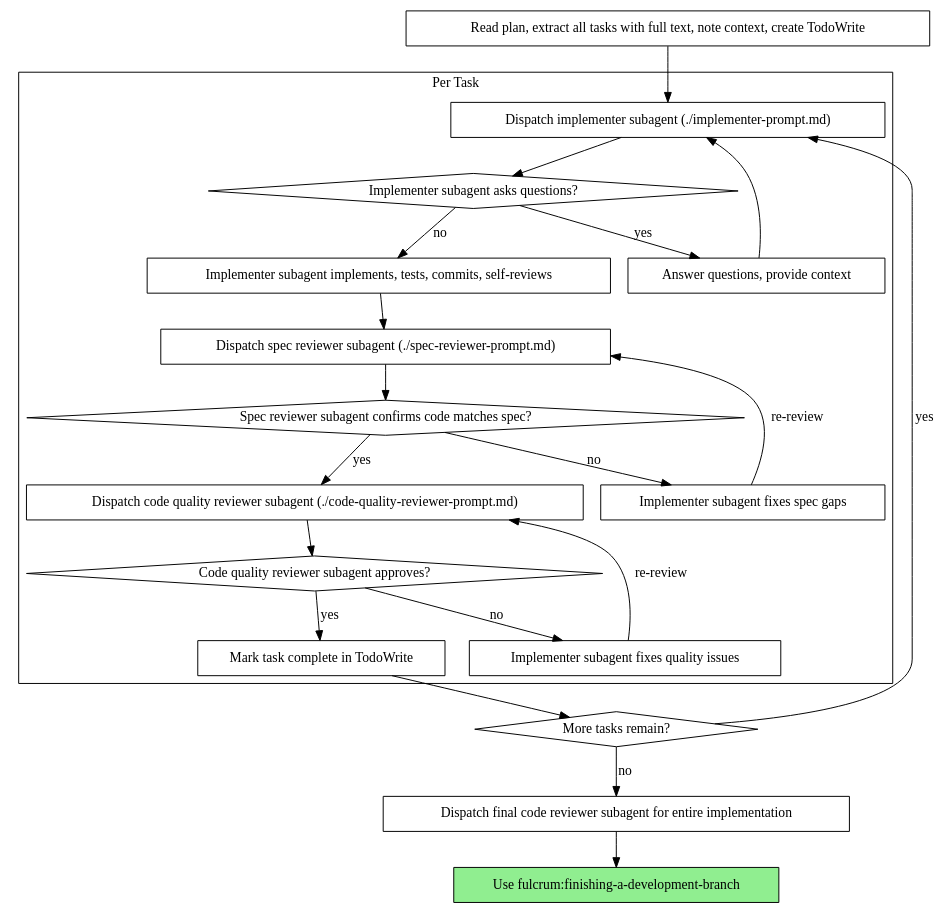
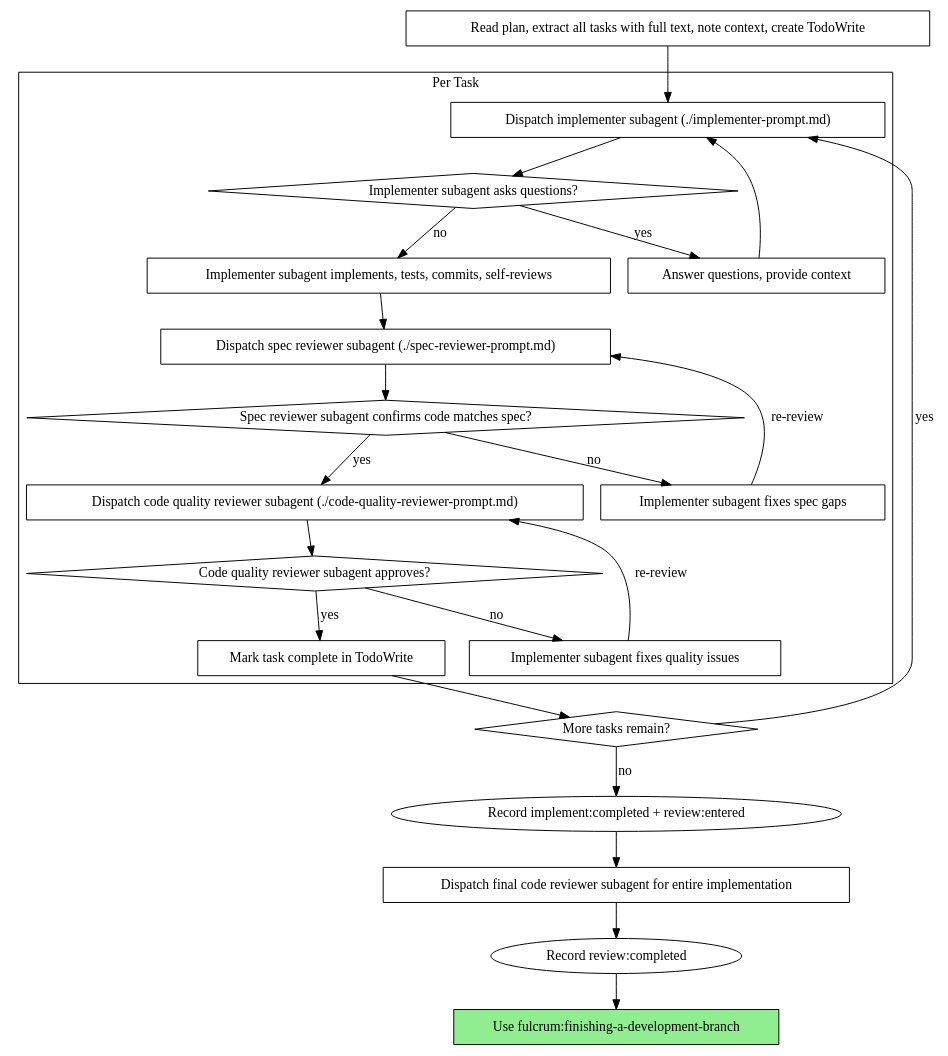
The second of 2 diagrams in skills/subagent-driven-development/SKILL.md (raphavr/fulcrum), drawn with Graphviz before and after one commit. The commit also changed other lines of this file and 7 other files, not shown here.

````diff
--- a/skills/subagent-driven-development/SKILL.md
+++ b/skills/subagent-driven-development/SKILL.md
@@ -42,44 +45,46 @@
 ```dot
 digraph process {
     rankdir=TB;
 
     subgraph cluster_per_task {
         label="Per Task";
         "Dispatch implementer subagent (./implementer-prompt.md)" [shape=box];
         "Implementer subagent asks questions?" [shape=diamond];
         "Answer questions, provide context" [shape=box];
         "Implementer subagent implements, tests, commits, self-reviews" [shape=box];
         "Dispatch spec reviewer subagent (./spec-reviewer-prompt.md)" [shape=box];
         "Spec reviewer subagent confirms code matches spec?" [shape=diamond];
         "Implementer subagent fixes spec gaps" [shape=box];
         "Dispatch code quality reviewer subagent (./code-quality-reviewer-prompt.md)" [shape=box];
         "Code quality reviewer subagent approves?" [shape=diamond];
         "Implementer subagent fixes quality issues" [shape=box];
         "Mark task complete in TodoWrite" [shape=box];
     }
 
     "Read plan, extract all tasks with full text, note context, create TodoWrite" [shape=box];
     "More tasks remain?" [shape=diamond];
     "Dispatch final code reviewer subagent for entire implementation" [shape=box];
     "Use fulcrum:finishing-a-development-branch" [shape=box style=filled fillcolor=lightgreen];
 
     "Read plan, extract all tasks with full text, note context, create TodoWrite" -> "Dispatch implementer subagent (./implementer-prompt.md)";
     "Dispatch implementer subagent (./implementer-prompt.md)" -> "Implementer subagent asks questions?";
     "Implementer subagent asks questions?" -> "Answer questions, provide context" [label="yes"];
     "Answer questions, provide context" -> "Dispatch implementer subagent (./implementer-prompt.md)";
     "Implementer subagent asks questions?" -> "Implementer subagent implements, tests, commits, self-reviews" [label="no"];
     "Implementer subagent implements, tests, commits, self-reviews" -> "Dispatch spec reviewer subagent (./spec-reviewer-prompt.md)";
     "Dispatch spec reviewer subagent (./spec-reviewer-prompt.md)" -> "Spec reviewer subagent confirms code matches spec?";
     "Spec reviewer subagent confirms code matches spec?" -> "Implementer subagent fixes spec gaps" [label="no"];
     "Implementer subagent fixes spec gaps" -> "Dispatch spec reviewer subagent (./spec-reviewer-prompt.md)" [label="re-review"];
     "Spec reviewer subagent confirms code matches spec?" -> "Dispatch code quality reviewer subagent (./code-quality-reviewer-prompt.md)" [label="yes"];
     "Dispatch code quality reviewer subagent (./code-quality-reviewer-prompt.md)" -> "Code quality reviewer subagent approves?";
     "Code quality reviewer subagent approves?" -> "Implementer subagent fixes quality issues" [label="no"];
     "Implementer subagent fixes quality issues" -> "Dispatch code quality reviewer subagent (./code-quality-reviewer-prompt.md)" [label="re-review"];
     "Code quality reviewer subagent approves?" -> "Mark task complete in TodoWrite" [label="yes"];
     "Mark task complete in TodoWrite" -> "More tasks remain?";
     "More tasks remain?" -> "Dispatch implementer subagent (./implementer-prompt.md)" [label="yes"];
-    "More tasks remain?" -> "Dispatch final code reviewer subagent for entire implementation" [label="no"];
-    "Dispatch final code reviewer subagent for entire implementation" -> "Use fulcrum:finishing-a-development-branch";
+    "More tasks remain?" -> "Record implement:completed + review:entered" [label="no"];
+    "Record implement:completed + review:entered" -> "Dispatch final code reviewer subagent for entire implementation";
+    "Dispatch final code reviewer subagent for entire implementation" -> "Record review:completed";
+    "Record review:completed" -> "Use fulcrum:finishing-a-development-branch";
 }
 ```
````
